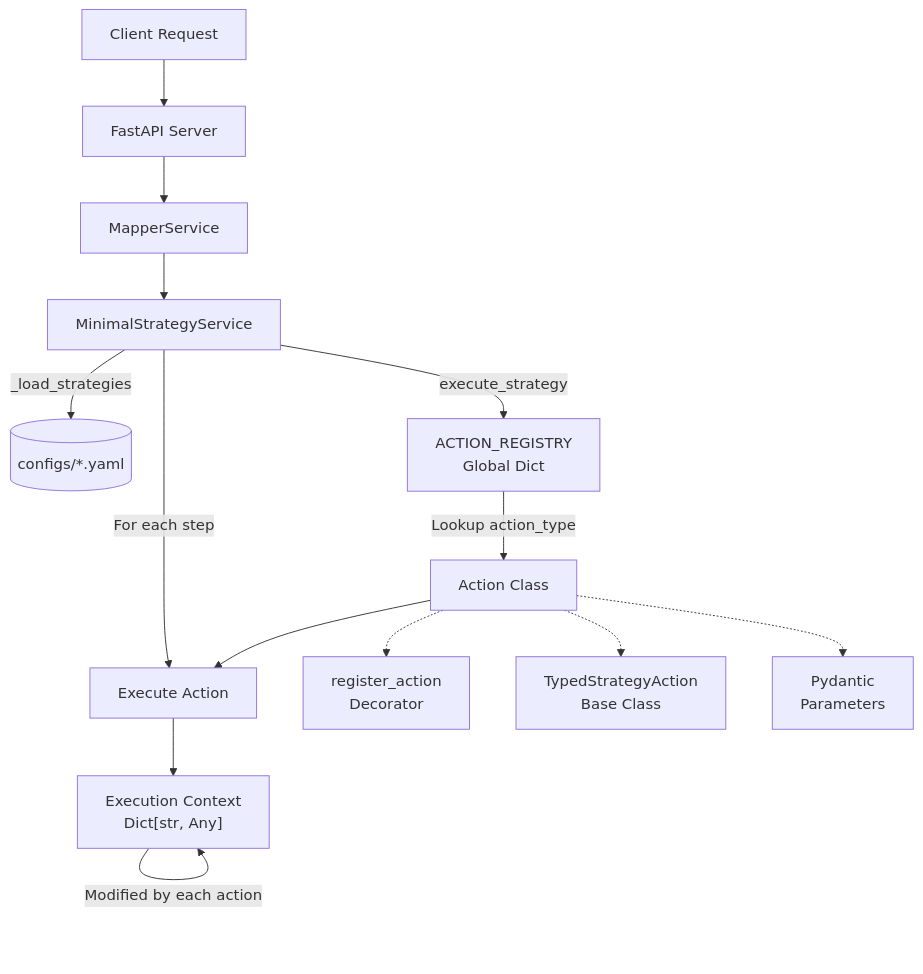
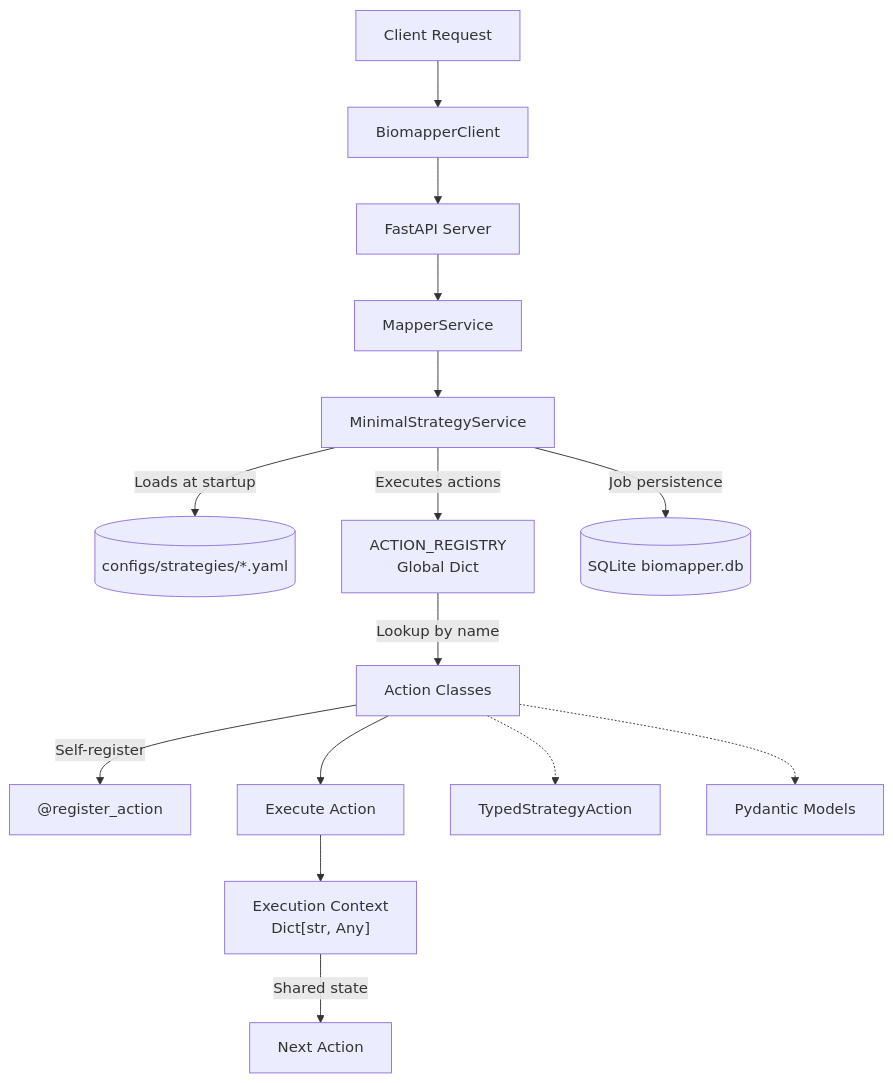
One commit to arpanauts/biomapper changed the diagram in README.md. Above: the diagram before and after it, drawn with Mermaid. The commit also changed other lines of this file and 2 other files, not shown here.

````diff
--- a/README.md
+++ b/README.md
@@ -12,21 +54,22 @@
 ```mermaid
 flowchart TB
-    Client[Client Request] --> API[FastAPI Server]
+    Client[Client Request] --> BiomapperClient
+    BiomapperClient --> API[FastAPI Server]
     API --> MapperService[MapperService]
     MapperService --> MSS[MinimalStrategyService]
     
-    MSS --> |_load_strategies| Config[(configs/*.yaml)]
-    MSS --> |execute_strategy| Registry["ACTION_REGISTRY<br/>Global Dict"]
+    MSS --> |Loads at startup| Config[(configs/strategies/*.yaml)]
+    MSS --> |Executes actions| Registry["ACTION_REGISTRY<br/>Global Dict"]
     
-    Registry --> |Lookup action_type| ActionClass[Action Class]
+    Registry --> |Lookup by name| ActionClass[Action Classes]
+    ActionClass --> |Self-register| Decorator["@register_action"]
+    
     ActionClass --> Execute[Execute Action]
+    Execute --> Context["Execution Context<br/>Dict[str, Any]"]
+    Context --> |Shared state| NextAction[Next Action]
     
-    Execute --> Context["Execution Context<br/>Dict[str, Any]"]
-    Context --> |Modified by each action| Context
+    ActionClass -.-> TypedAction[TypedStrategyAction]
+    ActionClass -.-> Pydantic[Pydantic Models]
     
-    ActionClass -.-> A1[register_action<br/>Decorator]
-    ActionClass -.-> A2[TypedStrategyAction<br/>Base Class]  
-    ActionClass -.-> A3[Pydantic<br/>Parameters]
-    
-    MSS --> |For each step| Execute
+    MSS --> |Job persistence| DB[(SQLite biomapper.db)]
 ```
````
